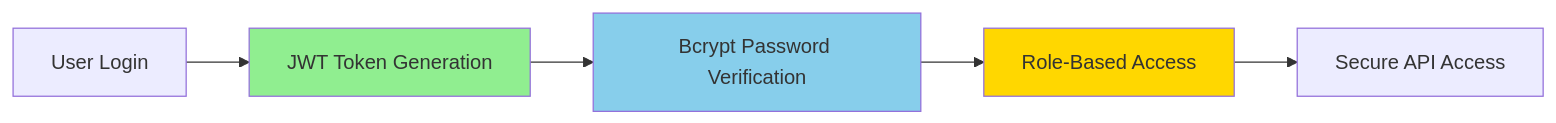
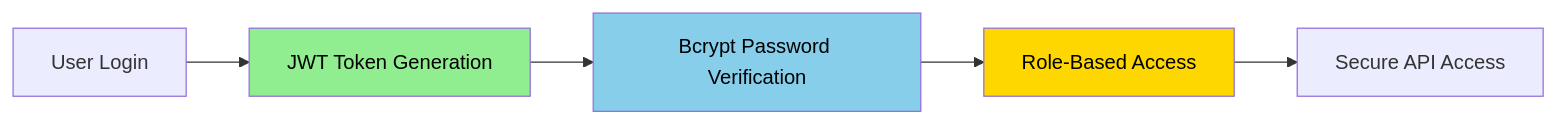
Before and after one commit to yash-ganatra/legacy-banking-dev-assistant: the second of 13 diagrams in README.md, drawn with Mermaid. The commit also changed other lines of this file, not shown here.

````diff
--- a/README.md
+++ b/README.md
@@ -53,11 +155,11 @@
 ```mermaid
 graph LR
     A[User Login] --> B[JWT Token Generation]
     B --> C[Bcrypt Password Verification]
     C --> D[Role-Based Access]
     D --> E[Secure API Access]
     
-    style B fill:#90ee90
-    style C fill:#87ceeb
-    style D fill:#ffd700
+    style B fill:#90ee90,color:#000
+    style C fill:#87ceeb,color:#000
+    style D fill:#ffd700,color:#000
 ```
````
